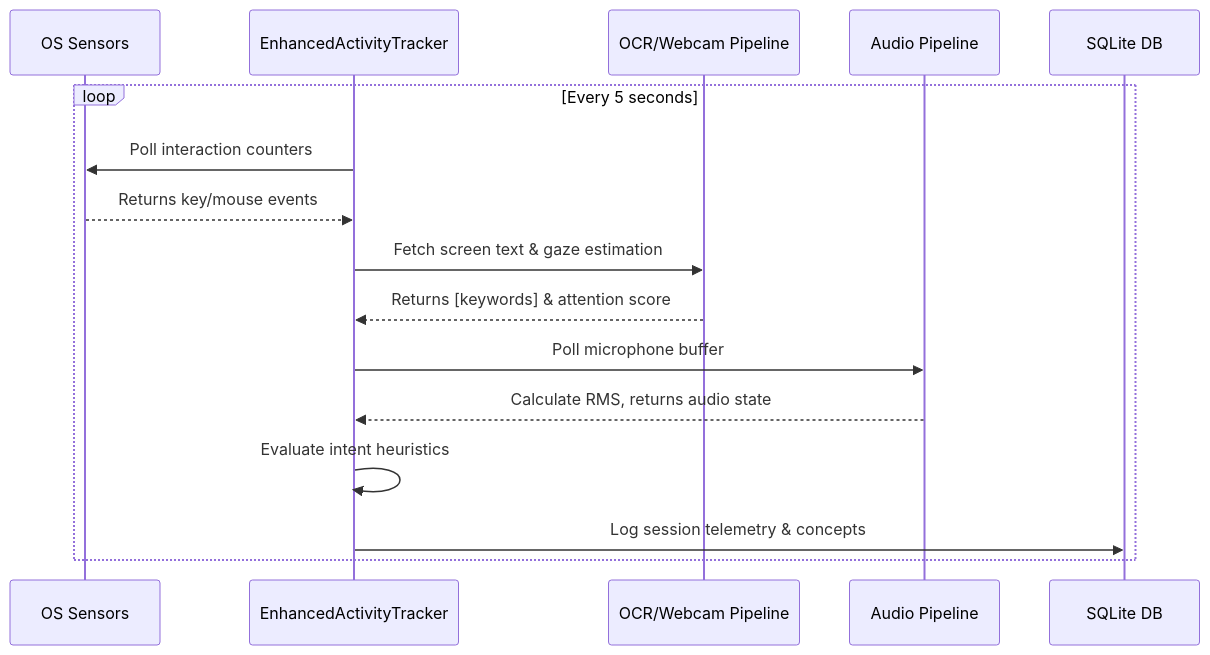
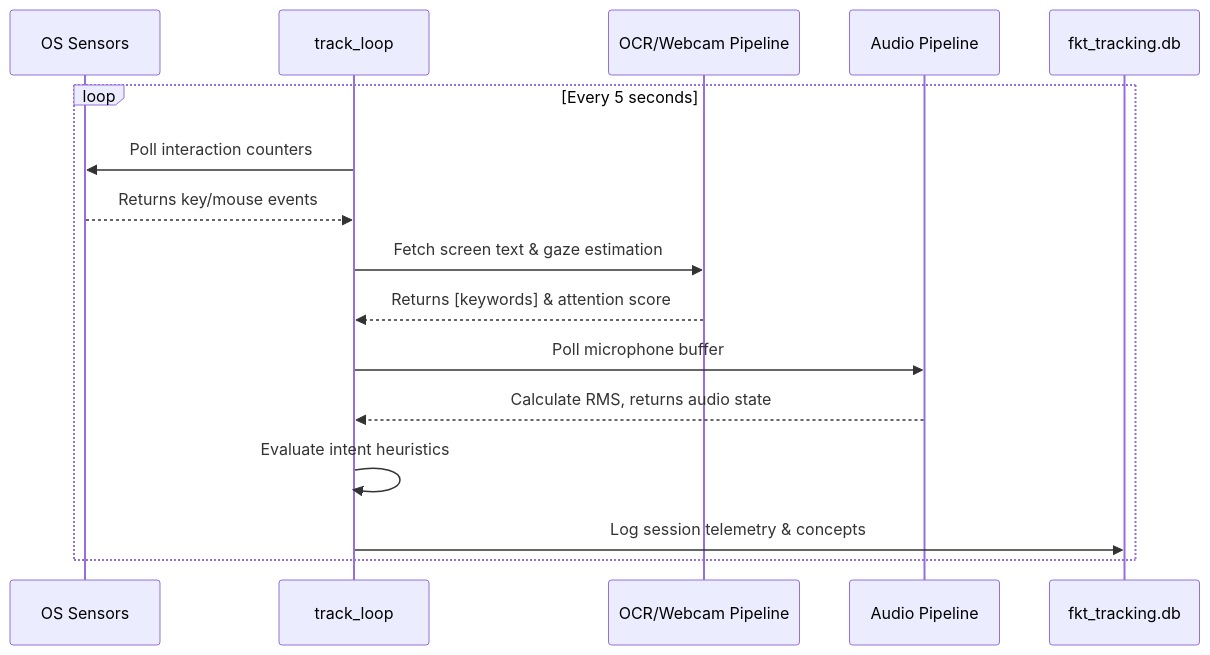
Before and after one commit to AyushDevadiga1/Forgotten-Knowledge-Tracker: the first of 2 diagrams in architecture/low_level/sequence_diagrams.md, drawn with Mermaid. The commit also changed other lines of this file and 8 other files, not shown here.

Commit message:
docs(architecture): modernize deprecated ADRs and design specs for FKT 2.0 Phase 9

````diff
--- a/architecture/low_level/sequence_diagrams.md
+++ b/architecture/low_level/sequence_diagrams.md
@@ -4,23 +4,23 @@
 ```mermaid
 sequenceDiagram
     participant OS as OS Sensors
-    participant Tracker as EnhancedActivityTracker
+    participant Tracker as track_loop
     participant CV as OCR/Webcam Pipeline
     participant Audio as Audio Pipeline
-    participant DB as SQLite DB
+    participant DB as fkt_tracking.db
 
     loop Every 5 seconds
         Tracker->>OS: Poll interaction counters
         OS-->>Tracker: Returns key/mouse events
         
         Tracker->>CV: Fetch screen text & gaze estimation
         CV-->>Tracker: Returns [keywords] & attention score
         
         Tracker->>Audio: Poll microphone buffer
         Audio-->>Tracker: Calculate RMS, returns audio state
         
         Tracker->>Tracker: Evaluate intent heuristics 
         
         Tracker->>DB: Log session telemetry & concepts
     end
 ```
````
